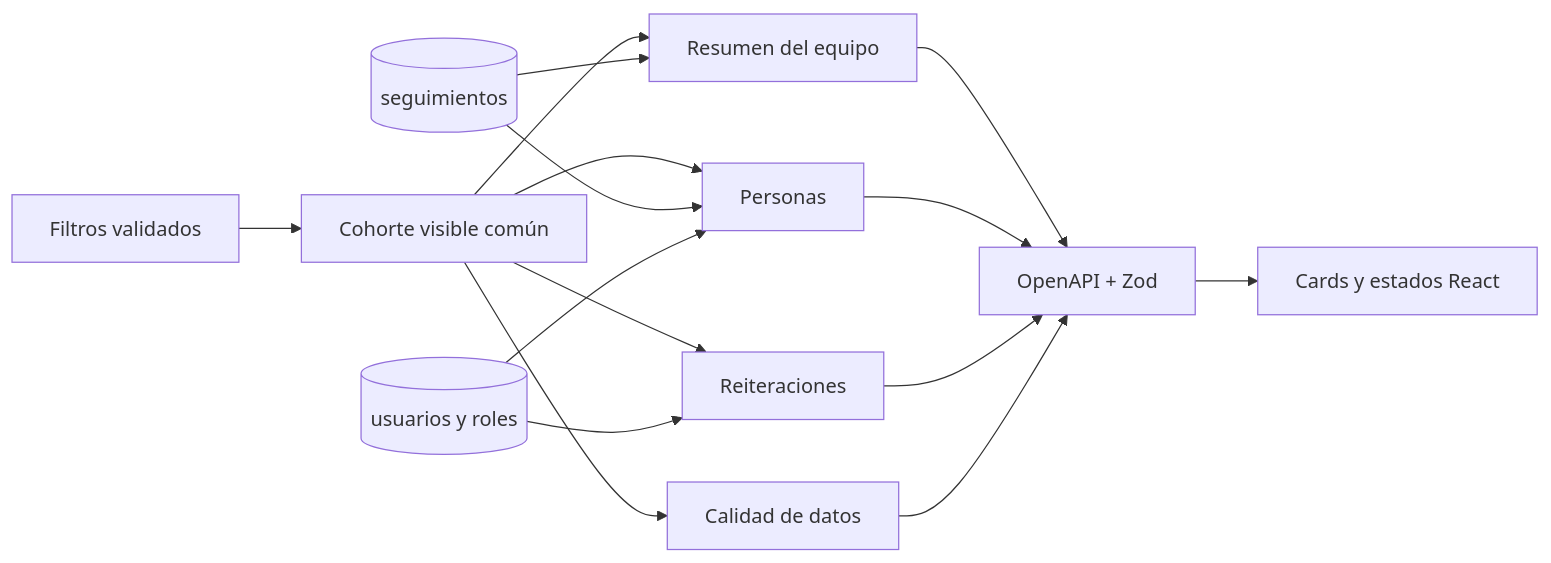
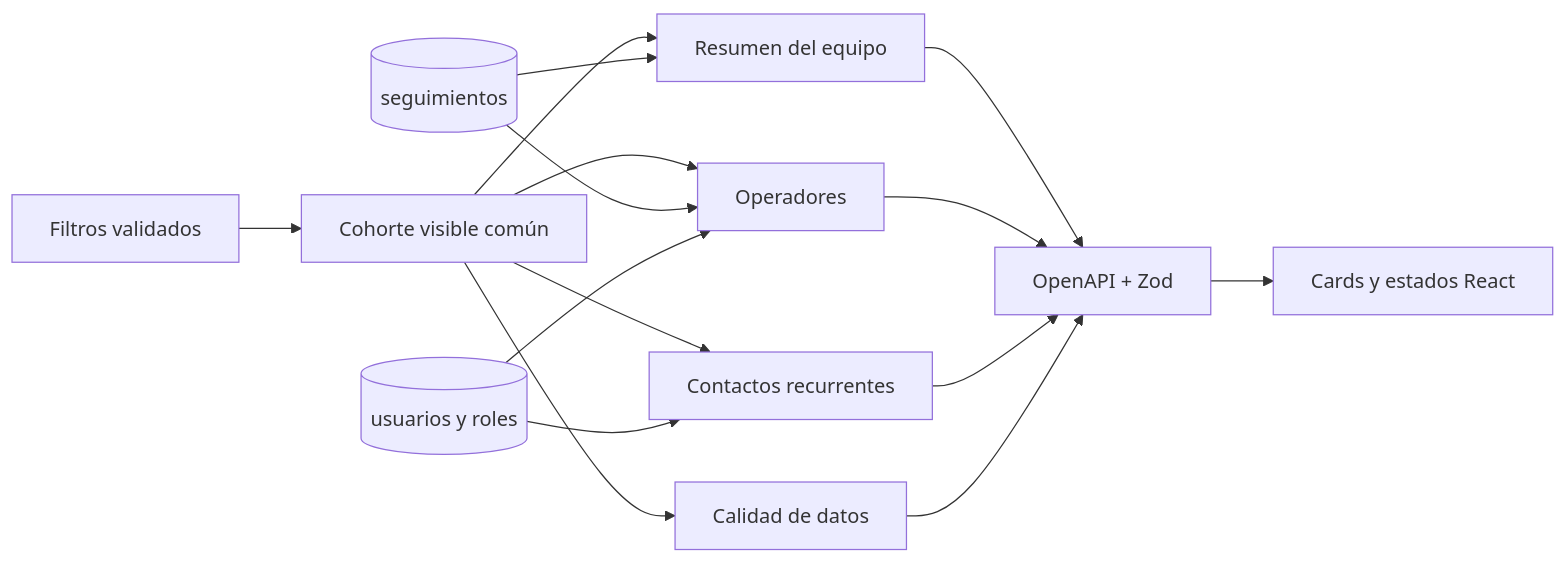
The sixth of 13 diagrams in docs/ARQUITECTURA.MD (marianoLaclau/ticketsAdmin), drawn with Mermaid before and after one commit. The commit also changed other lines of this file and 14 other files, not shown here.

````diff
--- a/docs/ARQUITECTURA.MD
+++ b/docs/ARQUITECTURA.MD
@@ -222,17 +222,17 @@
 ```mermaid
 flowchart LR
     filters[Filtros validados] --> cohort[Cohorte visible común]
     cohort --> team[Resumen del equipo]
-    cohort --> people[Personas]
-    cohort --> repeats[Reiteraciones]
+    cohort --> people[Operadores]
+    cohort --> repeats[Contactos recurrentes]
     cohort --> quality[Calidad de datos]
     history[(seguimientos)] --> team
     history --> people
     users[(usuarios y roles)] --> people
     users --> repeats
     team --> contract[OpenAPI + Zod]
     people --> contract
     repeats --> contract
     quality --> contract
     contract --> ui[Cards y estados React]
 ```
````
